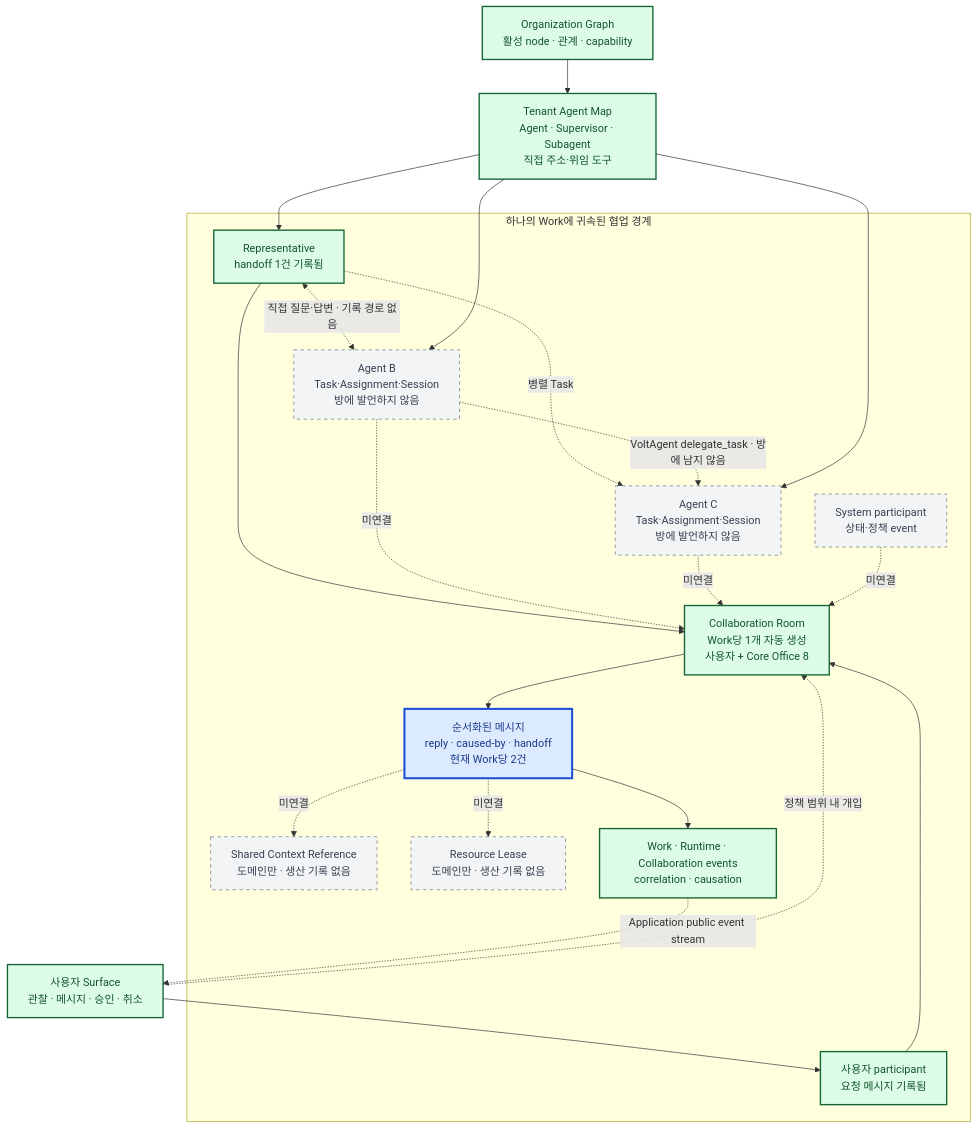
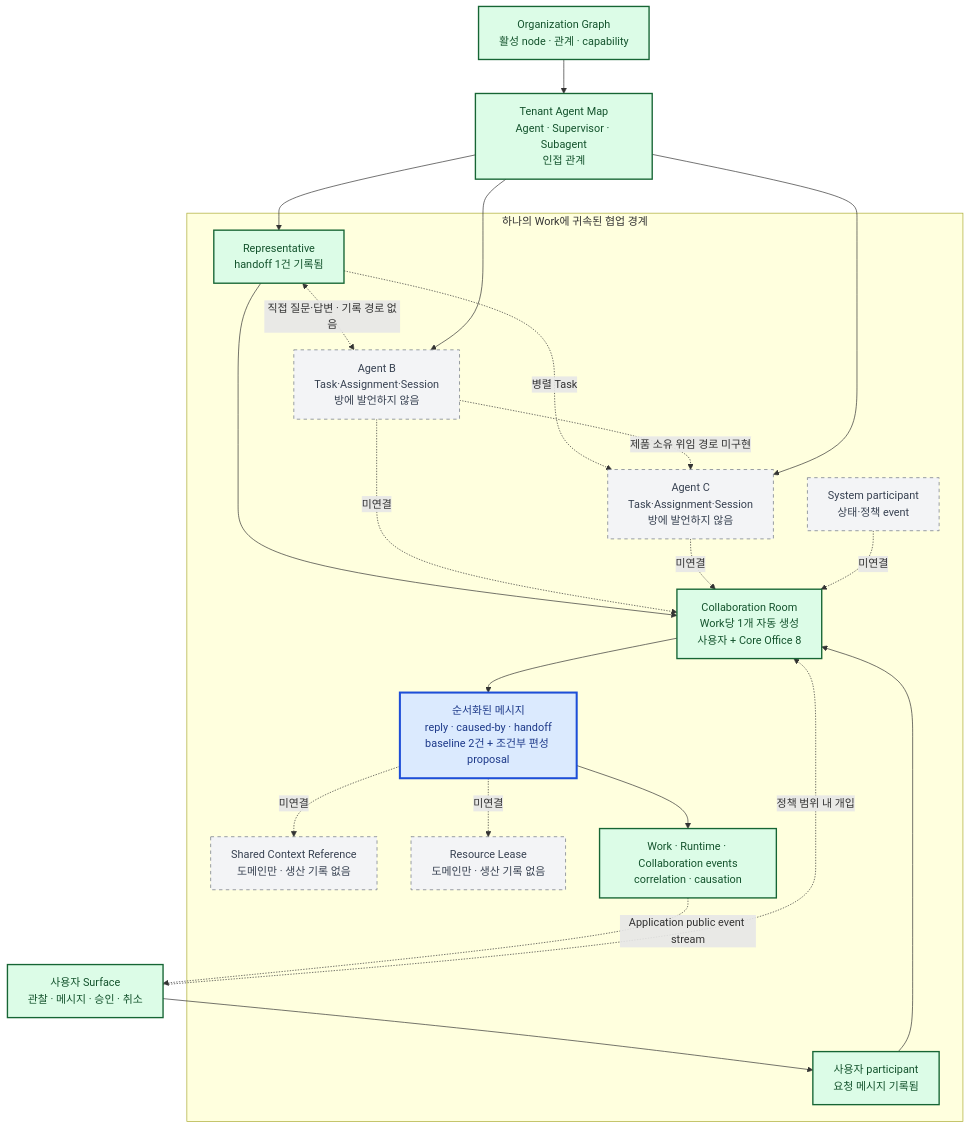
Before and after one commit to jabdori/massion-archive: the sixth of 11 diagrams in docs/architecture/README.md, drawn with Mermaid. The commit also changed other lines of this file and 10 other files, not shown here.

````diff
--- a/docs/architecture/README.md
+++ b/docs/architecture/README.md
@@ -347,45 +347,45 @@
 ```mermaid
 flowchart TB
   classDef implemented fill:#dcfce7,stroke:#166534,color:#14532d,stroke-width:2px;
   classDef implementing fill:#dbeafe,stroke:#1d4ed8,color:#1e3a8a,stroke-width:3px;
   classDef planned fill:#f3f4f6,stroke:#6b7280,color:#374151,stroke-width:1px,stroke-dasharray:5 5;
   classDef external fill:#ffedd5,stroke:#c2410c,color:#7c2d12,stroke-width:2px;
 
   Org["Organization Graph<br/>활성 node · 관계 · capability"]:::implemented
-  Map["Tenant Agent Map<br/>Agent · Supervisor · Subagent<br/>직접 주소·위임 도구"]:::implemented
+  Map["Tenant Agent Map<br/>Agent · Supervisor · Subagent<br/>인접 관계"]:::implemented
   Observer["사용자 Surface<br/>관찰 · 메시지 · 승인 · 취소"]:::implemented
 
   subgraph WorkBoundary["하나의 Work에 귀속된 협업 경계"]
     Room["Collaboration Room<br/>Work당 1개 자동 생성<br/>사용자 + Core Office 8"]:::implemented
     User["사용자 participant<br/>요청 메시지 기록됨"]:::implemented
     AgentA["Representative<br/>handoff 1건 기록됨"]:::implemented
     AgentB["Agent B<br/>Task·Assignment·Session<br/>방에 발언하지 않음"]:::planned
     AgentC["Agent C<br/>Task·Assignment·Session<br/>방에 발언하지 않음"]:::planned
     System["System participant<br/>상태·정책 event"]:::planned
-    Messages["순서화된 메시지<br/>reply · caused-by · handoff<br/>현재 Work당 2건"]:::implementing
+    Messages["순서화된 메시지<br/>reply · caused-by · handoff<br/>baseline 2건 + 조건부 편성 proposal"]:::implementing
     Shared["Shared Context Reference<br/>도메인만 · 생산 기록 없음"]:::planned
     Lease["Resource Lease<br/>도메인만 · 생산 기록 없음"]:::planned
     Events["Work · Runtime · Collaboration events<br/>correlation · causation"]:::implemented
 
     User --> Room
     AgentA --> Room
     AgentB -. "미연결" .-> Room
     AgentC -. "미연결" .-> Room
     System -. "미연결" .-> Room
     Room --> Messages
     AgentA <-. "직접 질문·답변 · 기록 경로 없음" .-> AgentB
     AgentA -. "병렬 Task" .-> AgentC
-    AgentB -. "VoltAgent delegate_task · 방에 남지 않음" .-> AgentC
+    AgentB -. "제품 소유 위임 경로 미구현" .-> AgentC
     Messages -. "미연결" .-> Shared
     Messages -. "미연결" .-> Lease
     Messages --> Events
   end
 
   Org --> Map
   Map --> AgentA
   Map --> AgentB
   Map --> AgentC
   Observer --> User
   Events -. "Application public event stream" .-> Observer
   Observer -. "정책 범위 내 개입" .-> Room
 ```
````
